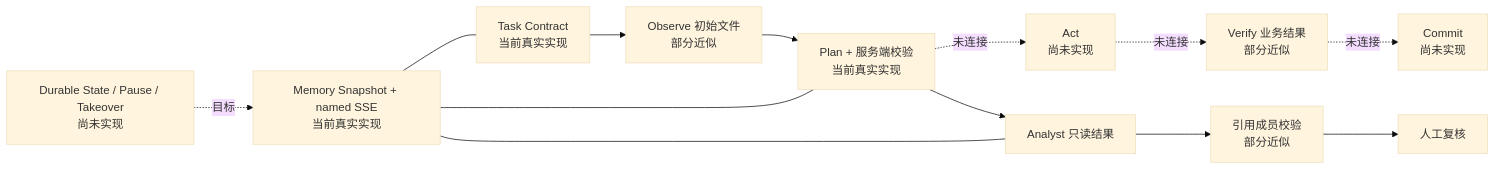
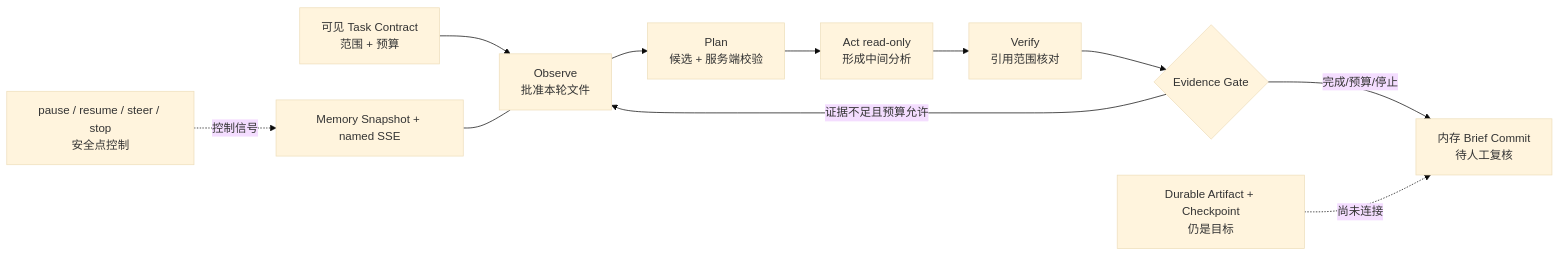
One commit to Dickey007s/lenovo_agent changed the second of 4 diagrams in docs/reports/OFFICE-AGENT-DETAILED-CHINESE-REPORT-20260825.md. Above: the diagram before and after it, drawn with Mermaid (base theme). The commit also changed other lines of this file and 14 other files, not shown here.

````diff
--- a/docs/reports/OFFICE-AGENT-DETAILED-CHINESE-REPORT-20260825.md
+++ b/docs/reports/OFFICE-AGENT-DETAILED-CHINESE-REPORT-20260825.md
@@ -486,15 +505,13 @@
 ```mermaid
 flowchart LR
-    T[Task Contract<br/>当前真实实现] --> O[Observe 初始文件<br/>部分近似]
-    O --> P[Plan + 服务端校验<br/>当前真实实现]
-    P -. 未连接 .-> A[Act<br/>尚未实现]
-    A -. 未连接 .-> V[Verify 业务结果<br/>部分近似]
-    V -. 未连接 .-> C[Commit<br/>尚未实现]
-    P --> R[Analyst 只读结果]
-    R --> M[引用成员校验<br/>部分近似]
-    M --> H[人工复核]
-    E[Memory Snapshot + named SSE<br/>当前真实实现] --- T
-    E --- P
-    E --- R
-    D[Durable State / Pause / Takeover<br/>尚未实现] -. 目标 .-> E
+    T[可见 Task Contract<br/>范围 + 预算] --> O[Observe<br/>批准本轮文件]
+    O --> P[Plan<br/>候选 + 服务端校验]
+    P --> A[Act read-only<br/>形成中间分析]
+    A --> V[Verify<br/>引用范围核对]
+    V --> G{Evidence Gate}
+    G -- 证据不足且预算允许 --> O
+    G -- 完成/预算/停止 --> C[内存 Brief Commit<br/>待人工复核]
+    E[Memory Snapshot + named SSE] --- O
+    U[pause / resume / steer / stop<br/>安全点控制] -. 控制信号 .-> E
+    D[Durable Artifact + Checkpoint<br/>仍是目标] -. 尚未连接 .-> C
 ```
````
